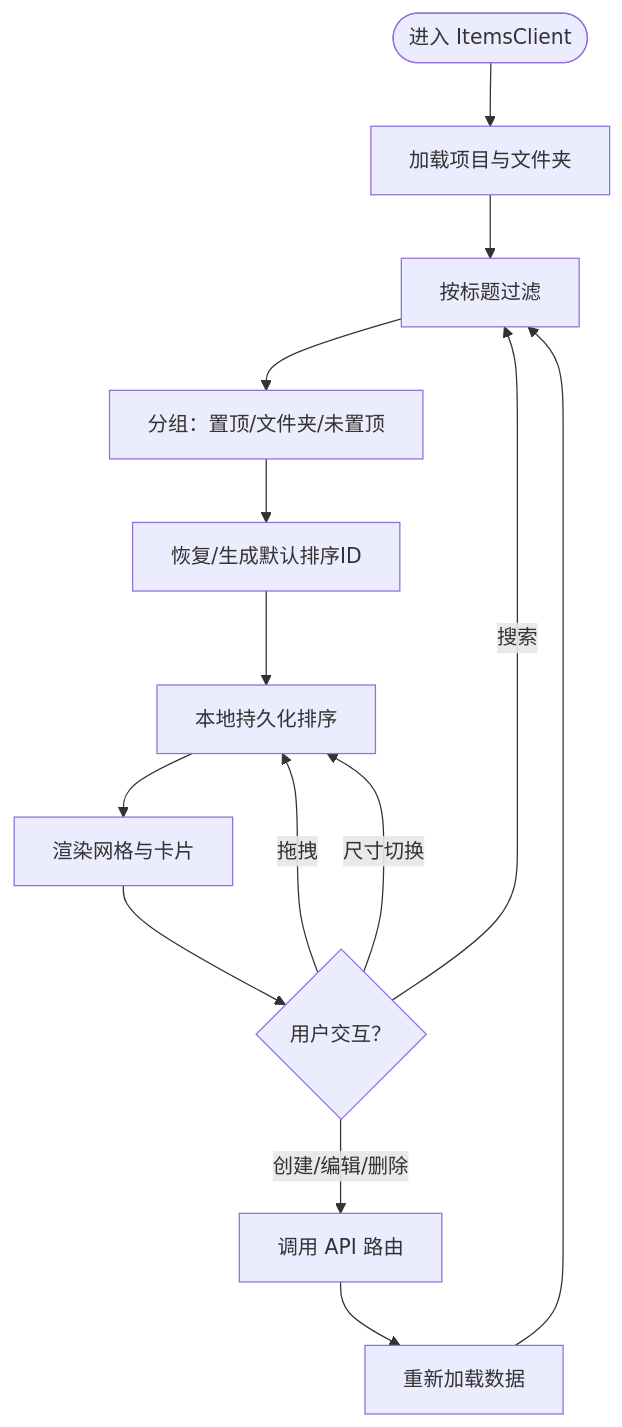
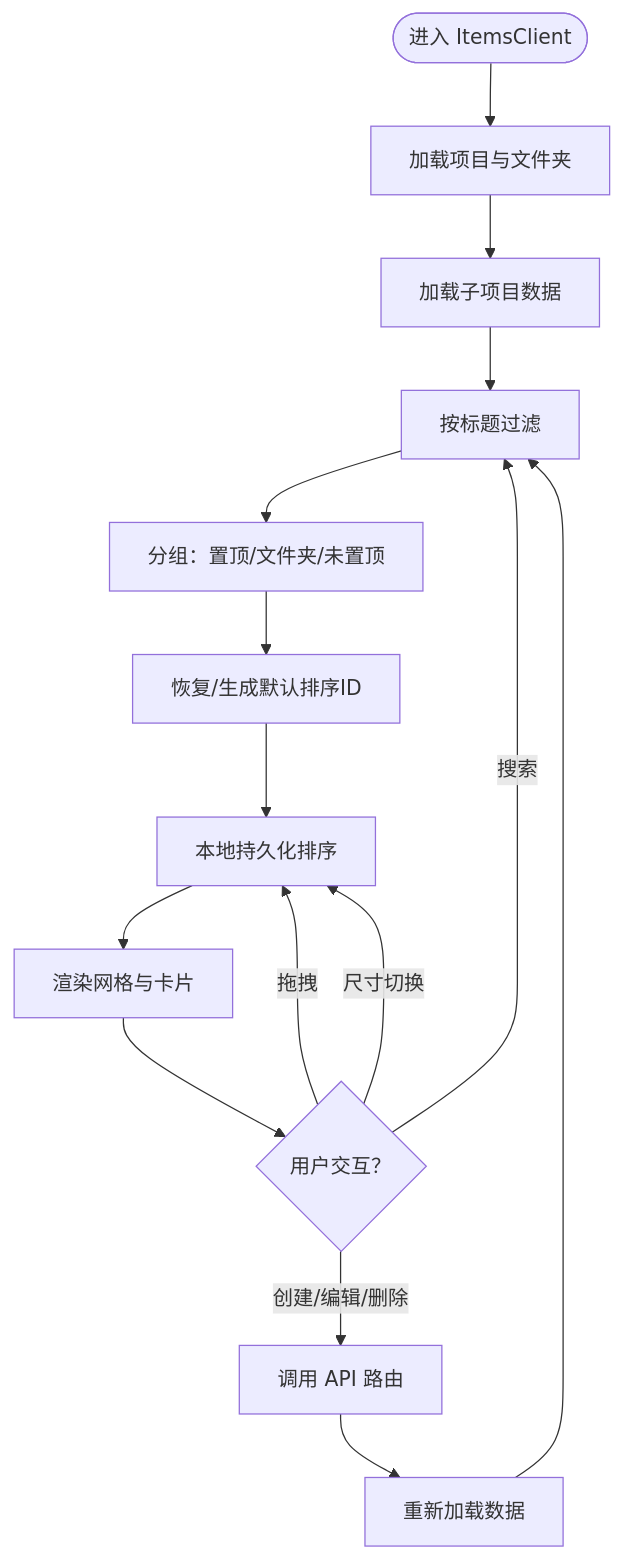
Before and after one commit to bbong1234/TETO: the third of 11 diagrams in .qoder/repowiki/zh/content/核心功能模块/项目跟踪系统/项目管理.md, drawn with Mermaid. The commit also changed other lines of this file and 10 other files, not shown here.

````diff
--- a/.qoder/repowiki/zh/content/核心功能模块/项目跟踪系统/项目管理.md
+++ b/.qoder/repowiki/zh/content/核心功能模块/项目跟踪系统/项目管理.md
@@ -151,16 +221,17 @@
 ```mermaid
 flowchart TD
 Start(["进入 ItemsClient"]) --> Load["加载项目与文件夹"]
-Load --> Filter["按标题过滤"]
+Load --> LoadSubItems["加载子项目数据"]
+LoadSubItems --> Filter["按标题过滤"]
 Filter --> Group["分组：置顶/文件夹/未置顶"]
 Group --> Order["恢复/生成默认排序ID"]
 Order --> Persist["本地持久化排序"]
 Persist --> Render["渲染网格与卡片"]
 Render --> Interact{"用户交互？"}
 Interact --> |搜索| Filter
 Interact --> |拖拽| Persist
 Interact --> |尺寸切换| Persist
 Interact --> |创建/编辑/删除| API["调用 API 路由"]
 API --> Reload["重新加载数据"]
 Reload --> Filter
 ```
````
